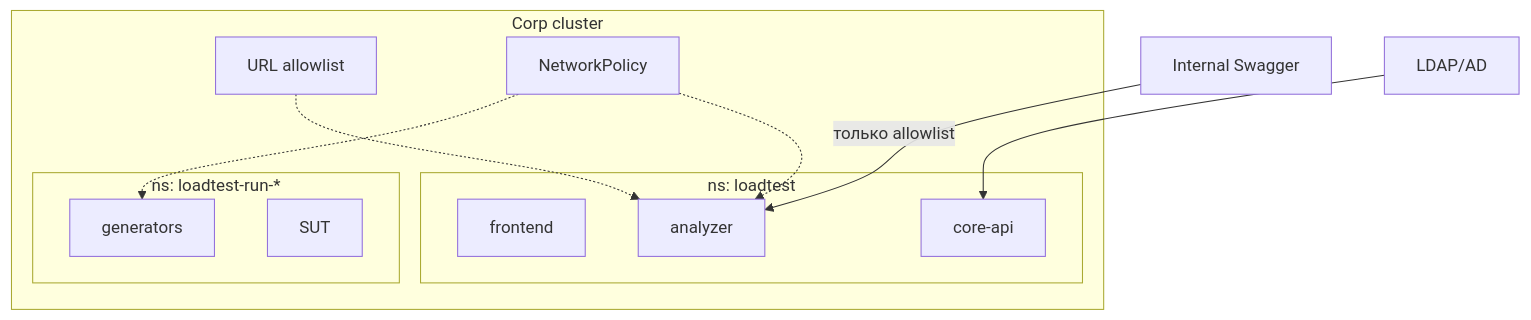
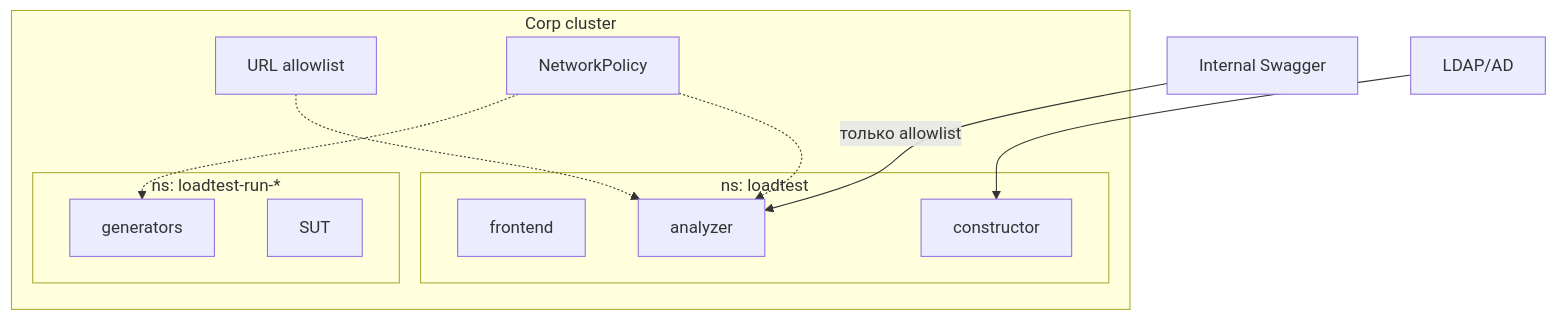
The eighth of 9 diagrams in docs/architecture-overview.md (veterokx-hub/loadportal), drawn with Mermaid before and after one commit. The commit also changed other lines of this file and 144 other files, not shown here.

````diff
--- a/docs/architecture-overview.md
+++ b/docs/architecture-overview.md
@@ -255,22 +255,22 @@
 ```mermaid
 flowchart TB
   subgraph CORP["Corp cluster"]
     subgraph PORTAL["ns: loadtest"]
       FE[frontend]
-      API[core-api]
+      API[constructor]
       AN[analyzer]
     end
 
     subgraph RUN["ns: loadtest-run-*"]
       GEN[generators]
       SUT[SUT]
     end
 
     AL[URL allowlist] -.-> AN
     NP[NetworkPolicy] -.-> AN
     NP -.-> GEN
   end
 
   SWAGGER[Internal Swagger] -->|только allowlist| AN
   AD[LDAP/AD] --> API
 ```
````
